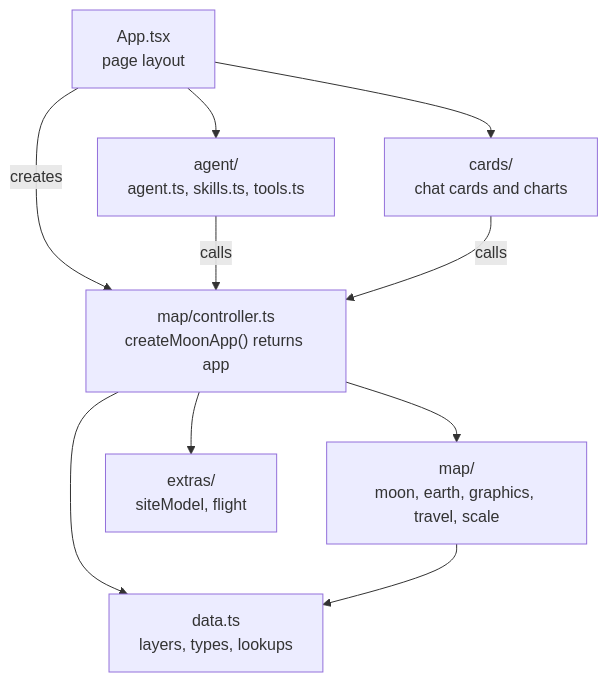
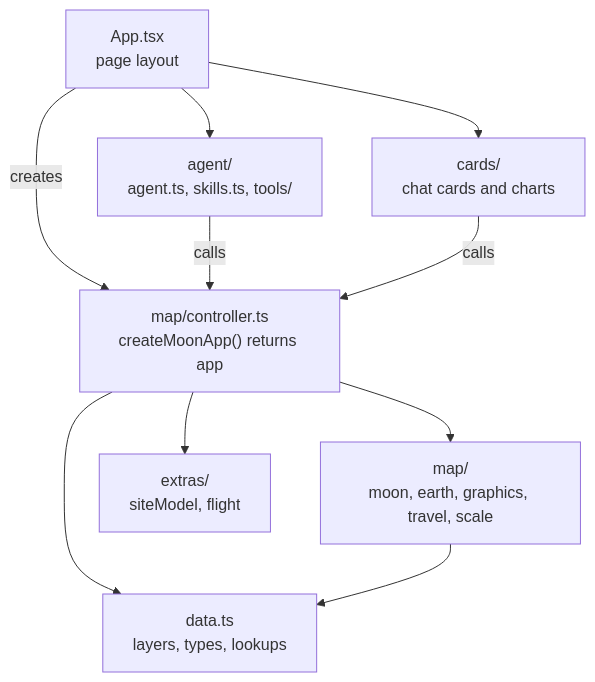
Before and after one commit to balumuriraj/talk-to-the-moon: the diagram in docs/technical-guide.md, drawn with Mermaid. The commit also changed other lines of this file and 23 other files, not shown here.

Commit message:
Split agent tools and share map helpers

````diff
--- a/docs/technical-guide.md
+++ b/docs/technical-guide.md
@@ -23,20 +23,20 @@
 ```mermaid
 flowchart TD
   App["App.tsx<br/>page layout"]
   controller["map/controller.ts<br/>createMoonApp() returns app"]
-  agent["agent/<br/>agent.ts, skills.ts, tools.ts"]
+  agent["agent/<br/>agent.ts, skills.ts, tools/"]
   cards["cards/<br/>chat cards and charts"]
   map["map/<br/>moon, earth, graphics, travel, scale"]
   extras["extras/<br/>siteModel, flight"]
   data["data.ts<br/>layers, types, lookups"]
 
   App -- creates --> controller
   App --> agent
   App --> cards
   agent -- calls --> controller
   cards -- calls --> controller
   controller --> map
   controller --> extras
   controller --> data
   map --> data
 ```
````
